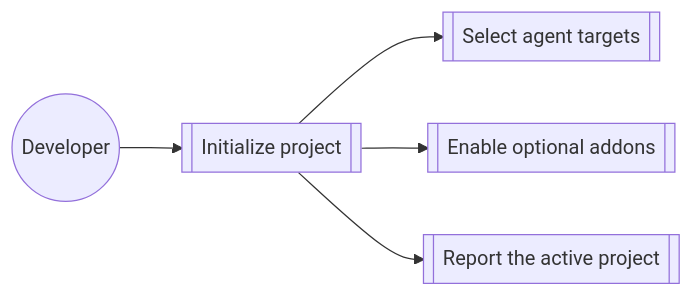
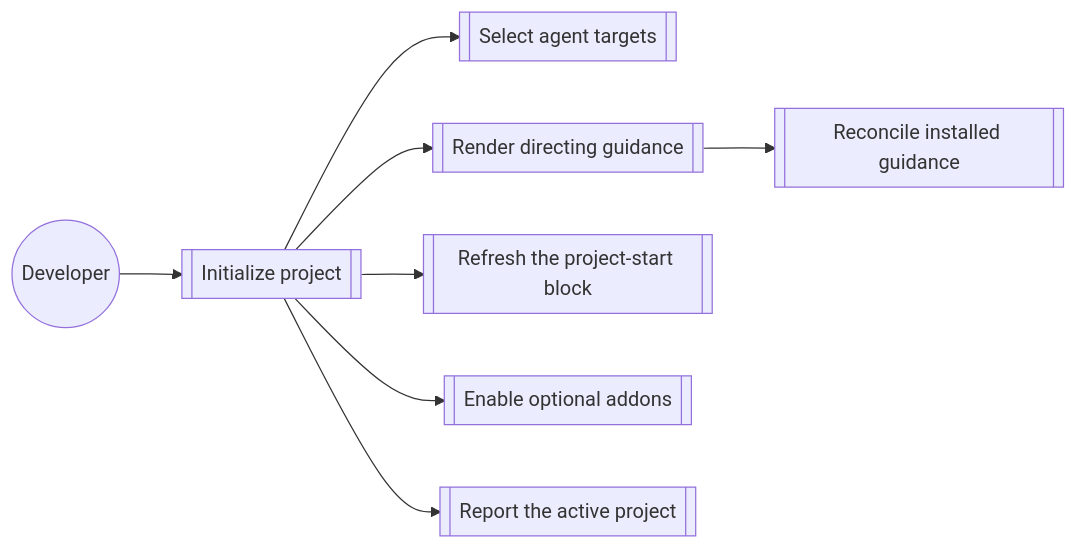
One commit to buster/givn changed the diagram in givn/specs/initialize-project/usecase.md. Above: the diagram before and after it, drawn with Mermaid. The commit also changed other lines of this file and 58 other files, not shown here.

````diff
--- a/givn/specs/initialize-project/usecase.md
+++ b/givn/specs/initialize-project/usecase.md
@@ -106,7 +130,10 @@
 ```mermaid
 flowchart LR
   Actor((Developer)) --> Init[[Initialize project]]
   Init --> Targets[[Select agent targets]]
+  Init --> Render[[Render directing guidance]]
+  Render --> Reconcile[[Reconcile installed guidance]]
+  Init --> Blocks[[Refresh the project-start block]]
   Init --> Addons[[Enable optional addons]]
   Init --> Report[[Report the active project]]
 ```
````
